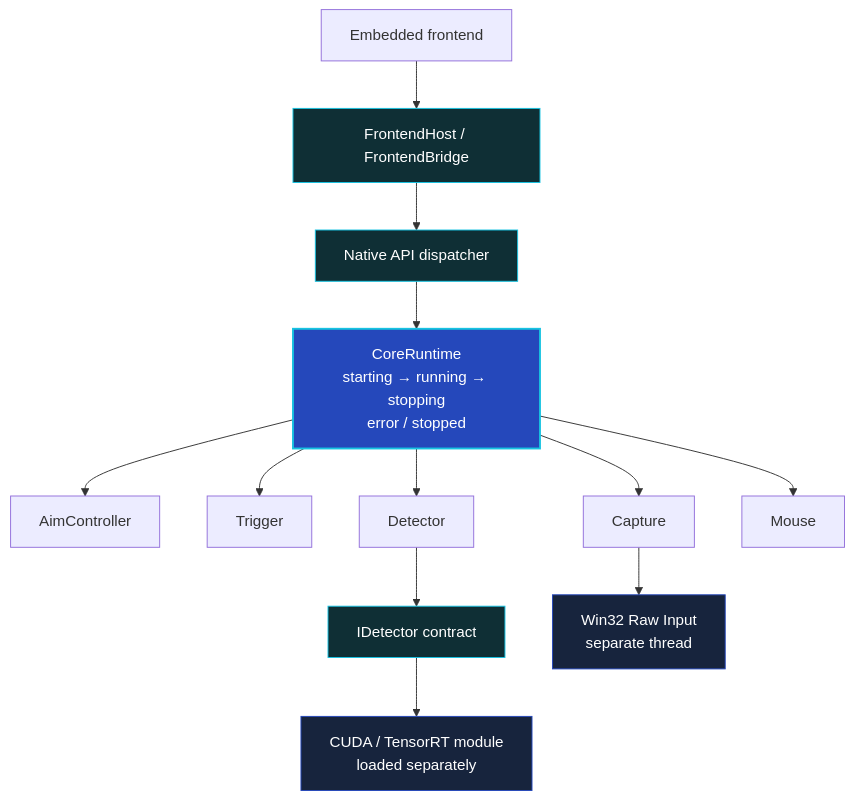
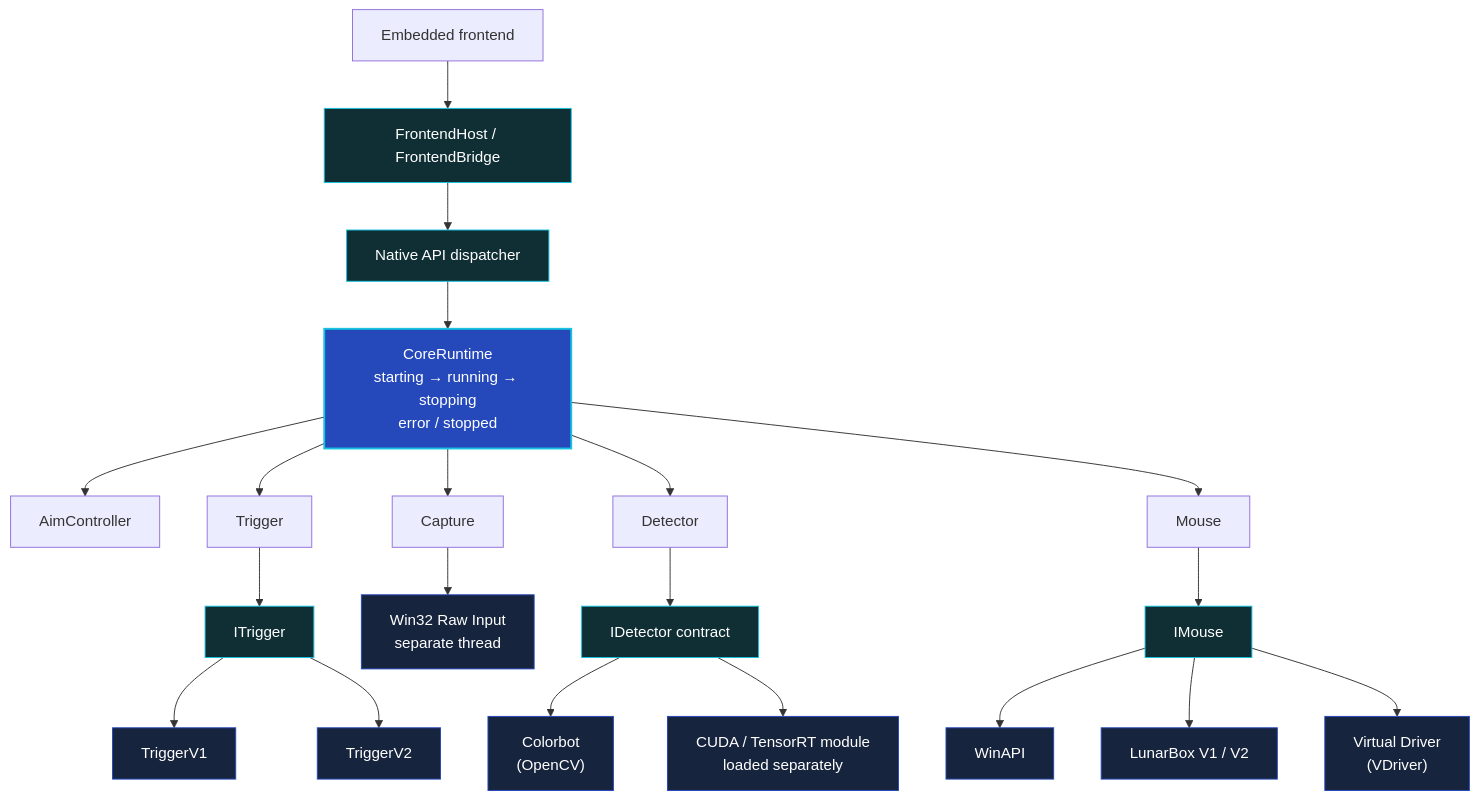
The diagram in README.md (lnTheSky/lunar_v2_showdown), drawn with Mermaid before and after one commit.

Commit message:
docs: expand runtime implementation graph

````diff
--- a/README.md
+++ b/README.md
@@ -58,34 +58,51 @@
 ```mermaid
 flowchart TB
     frontend["Embedded frontend"]
     bridge["FrontendHost / FrontendBridge"]
     dispatcher["Native API dispatcher"]
     runtime["CoreRuntime<br/>starting → running → stopping<br/>error / stopped"]
 
     aim["AimController"]
     trigger["Trigger"]
     detector["Detector"]
     capture["Capture"]
     mouse["Mouse"]
 
     detectorContract["IDetector contract"]
+    colorbot["Colorbot<br/>(OpenCV)"]
     cuda["CUDA / TensorRT module<br/>loaded separately"]
     rawInput["Win32 Raw Input<br/>separate thread"]
+    triggerContract["ITrigger"]
+    triggerV1["TriggerV1"]
+    triggerV2["TriggerV2"]
+    mouseContract["IMouse"]
+    winapi["WinAPI"]
+    lunarBox["LunarBox V1 / V2"]
+    vdriver["Virtual Driver<br/>(VDriver)"]
 
     frontend --> bridge --> dispatcher --> runtime
     runtime --> aim
     runtime --> trigger
     runtime --> detector
     runtime --> capture
     runtime --> mouse
-    detector --> detectorContract --> cuda
+    detector --> detectorContract
+    detectorContract --> colorbot
+    detectorContract --> cuda
+    trigger --> triggerContract
+    triggerContract --> triggerV1
+    triggerContract --> triggerV2
+    mouse --> mouseContract
+    mouseContract --> winapi
+    mouseContract --> lunarBox
+    mouseContract --> vdriver
     capture --> rawInput
 
     classDef core fill:#2548BB,color:#ffffff,stroke:#17C3E1,stroke-width:2px
     classDef boundary fill:#0f2f35,color:#ffffff,stroke:#17C3E1
     classDef module fill:#17243d,color:#ffffff,stroke:#2548BB
 
     class runtime core
-    class bridge,dispatcher,detectorContract boundary
-    class cuda,rawInput module
+    class bridge,dispatcher,detectorContract,triggerContract,mouseContract boundary
+    class colorbot,cuda,rawInput,triggerV1,triggerV2,winapi,lunarBox,vdriver module
 ```
````
